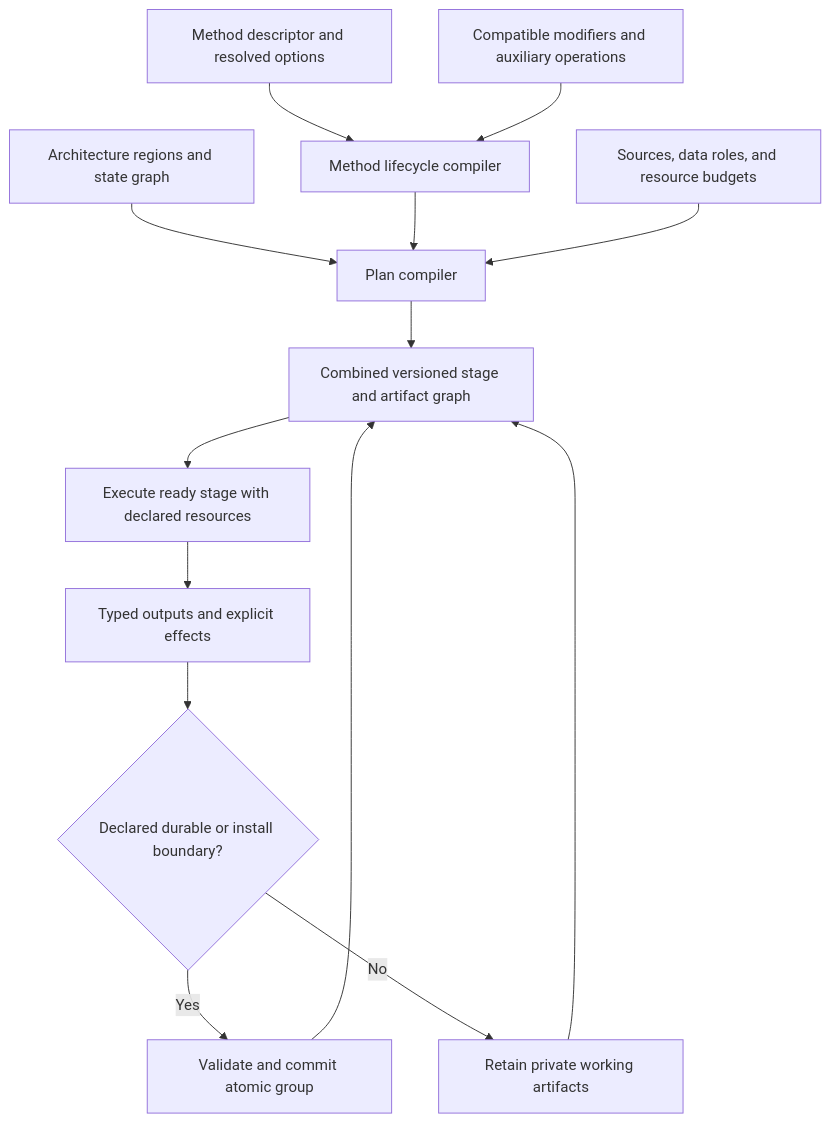
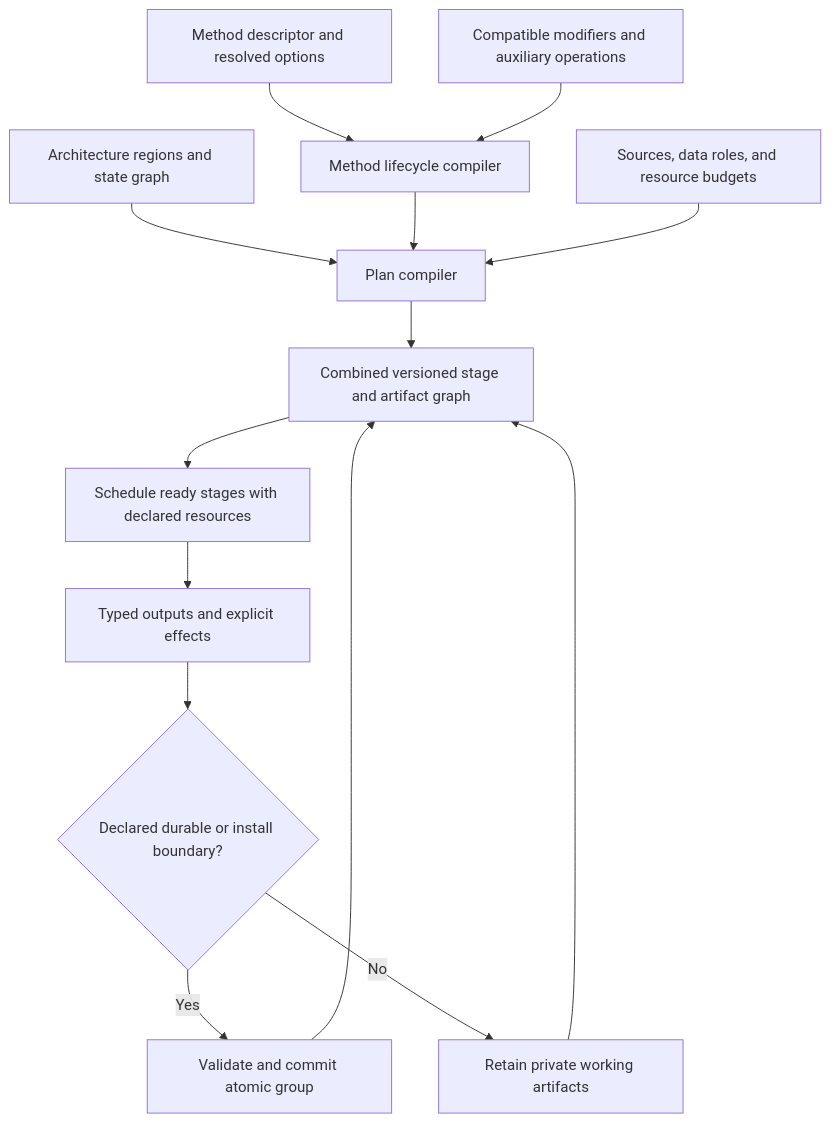
One commit to ModelCloud/GPTQModel changed the seventh of 7 diagrams in docs/component-quantization-design.md. Above: the diagram before and after it, drawn with Mermaid. The commit also changed other lines of this file and 4 other files, not shown here.

Commit message:
docs: extend quantization design for 2026 architectures and parallel execution

````diff
--- a/docs/component-quantization-design.md
+++ b/docs/component-quantization-design.md
@@ -719,16 +804,16 @@
 ```mermaid
 flowchart TD
     A[Architecture regions and state graph] --> P[Plan compiler]
     M[Method descriptor and resolved options] --> L[Method lifecycle compiler]
     X[Compatible modifiers and auxiliary operations] --> L
     L --> P
     D[Sources, data roles, and resource budgets] --> P
     P --> G[Combined versioned stage and artifact graph]
-    G --> E[Execute ready stage with declared resources]
+    G --> E[Schedule ready stages with declared resources]
     E --> O[Typed outputs and explicit effects]
     O --> B{Declared durable or install boundary?}
     B -->|Yes| C[Validate and commit atomic group]
     B -->|No| N[Retain private working artifacts]
     C --> G
     N --> G
 ```
````
